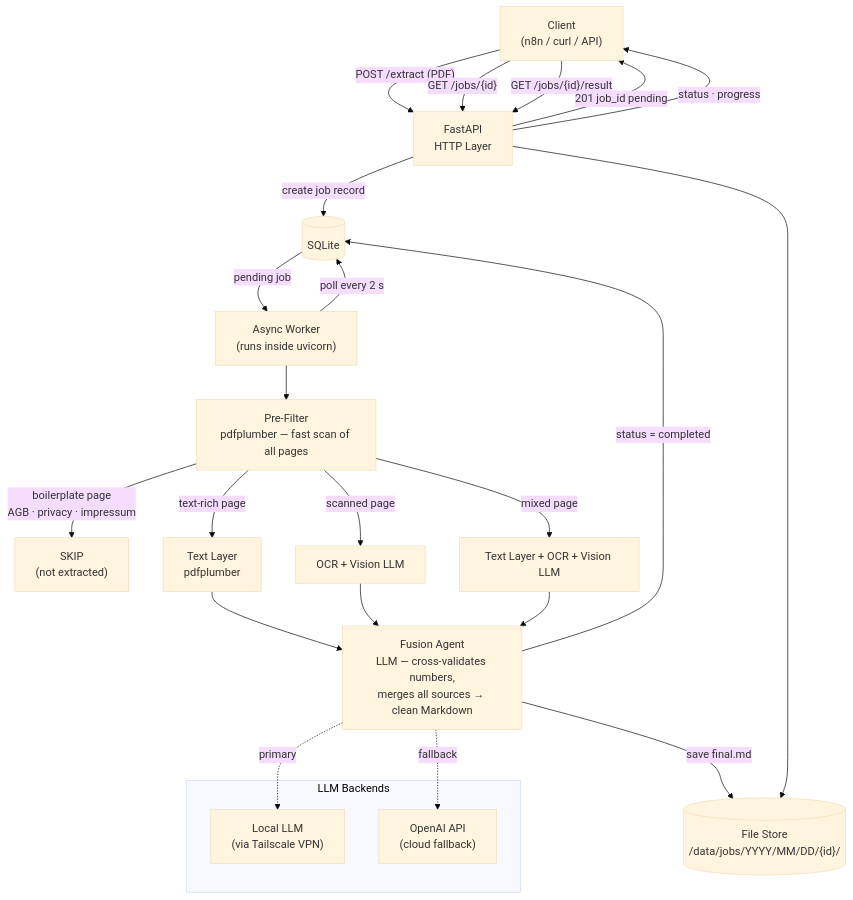
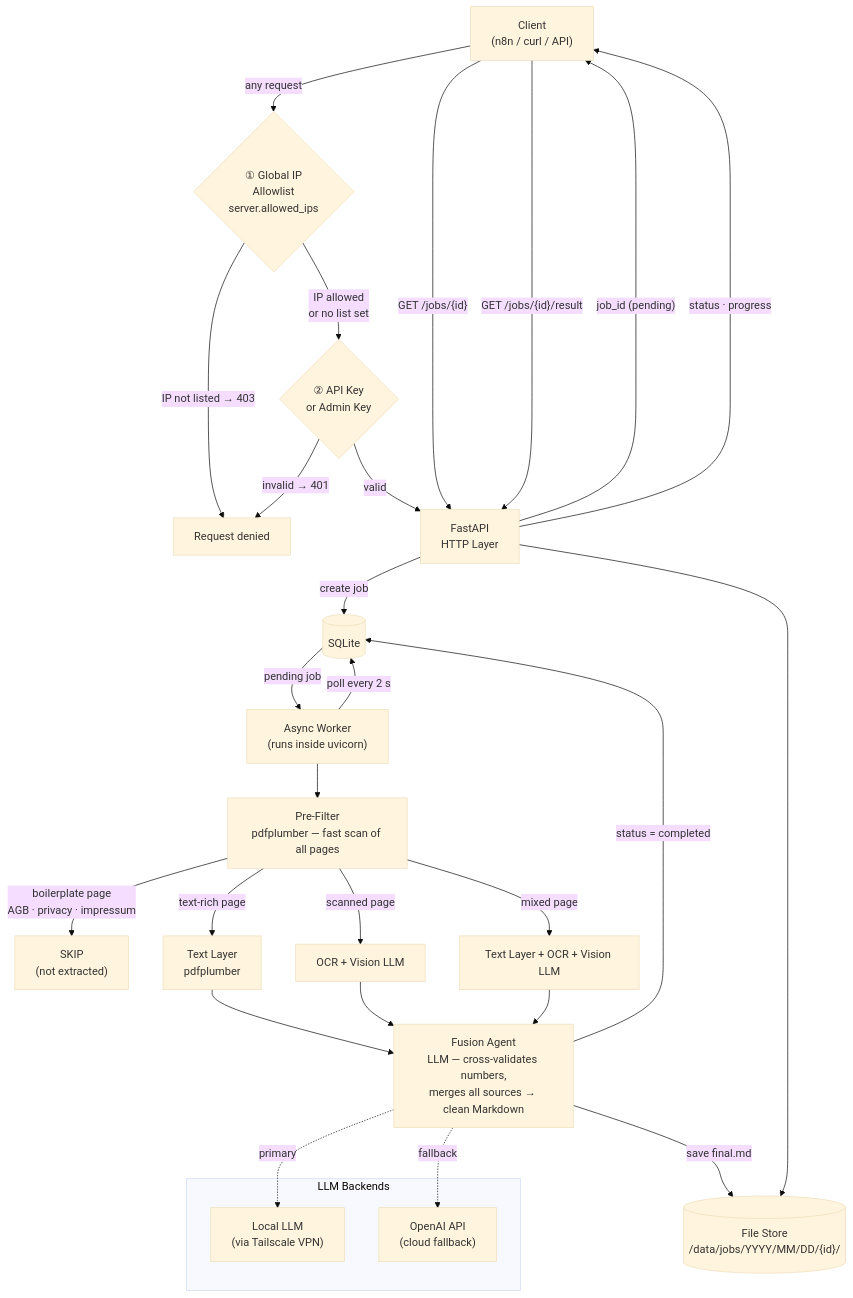
The diagram in README.md (webboty/IDES), drawn with Mermaid (base theme) before and after one commit. The commit also changed other lines of this file, not shown here.

Commit message:
docs: reflect global IP allowlist in README mermaid and features
- Mermaid diagram: add ① Global IP Allowlist and ② API Key as explicit
  decision nodes at the top of the request flow, with 403/401 denial branch
- Features list: new "Two-layer IP security" bullet explaining global
  allowlist (config.yaml) vs per-key restriction
- Project structure: update security.py comment to mention global IP allowlist
- Test count: 119 → 122

````diff
--- a/README.md
+++ b/README.md
@@ -38,39 +39,43 @@
 ```mermaid
 flowchart TD
     Client["Client\n(n8n / curl / API)"]
 
-    Client -->|"POST /extract (PDF)"| API["FastAPI\nHTTP Layer"]
-    API -->|"201 job_id pending"| Client
-    API -->|create job record| DB[(SQLite)]
+    Client -->|any request| IPCheck{"① Global IP\nAllowlist\nserver.allowed_ips"}
+    IPCheck -->|"IP not listed → 403"| Denied["Request denied"]
+    IPCheck -->|"IP allowed\nor no list set"| AuthCheck{"② API Key\nor Admin Key"}
+    AuthCheck -->|"invalid → 401"| Denied
+    AuthCheck -->|valid| API["FastAPI\nHTTP Layer"]
+
+    API -->|"job_id (pending)"| Client
+    API -->|create job| DB[(SQLite)]
 
     Worker["Async Worker\n(runs inside uvicorn)"] -->|poll every 2 s| DB
     DB -->|pending job| Worker
 
     Worker --> PF["Pre-Filter\npdfplumber — fast scan of all pages"]
 
     PF -->|boilerplate page\nAGB · privacy · impressum| SKIP["SKIP\n(not extracted)"]
-
     PF -->|text-rich page| TL["Text Layer\npdfplumber"]
     PF -->|scanned page| OV["OCR + Vision LLM"]
     PF -->|mixed page| ALL["Text Layer + OCR + Vision LLM"]
 
     TL --> FA["Fusion Agent\nLLM — cross-validates numbers,\nmerges all sources → clean Markdown"]
     OV --> FA
     ALL --> FA
 
     FA -->|save final.md| FS[("File Store\n/data/jobs/YYYY/MM/DD/{id}/")]
     FA -->|status = completed| DB
 
     Client -->|"GET /jobs/{id}"| API
     API -->|status · progress| Client
     Client -->|"GET /jobs/{id}/result"| API
     API --> FS
 
     subgraph LLM Backends
         Local["Local LLM\n(via Tailscale VPN)"]
         OAI["OpenAI API\n(cloud fallback)"]
     end
 
     FA -.->|primary| Local
     FA -.->|fallback| OAI
 ```
````
